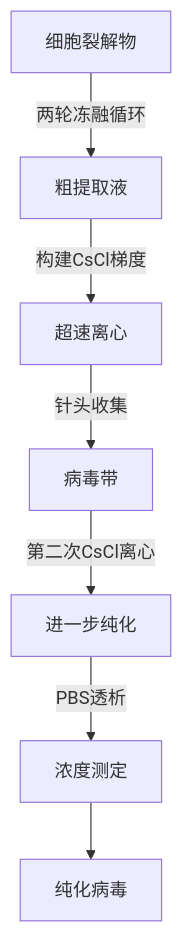
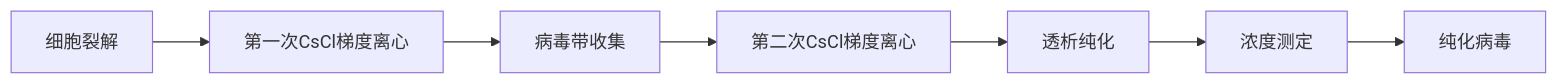
Before and after one commit to Raymon-Lyu/Veterinary-Medicine: the diagram in 生物分离工程/展示.md, drawn with Mermaid. The commit also changed other lines of this file and 1 other file, not shown here.

Commit message:
vault backup: 2025-10-06 10:43:07

````diff
--- a/生物分离工程/展示.md
+++ b/生物分离工程/展示.md
@@ -40,9 +41,9 @@
 ```mermaid
-graph TD
-    A[细胞裂解物] -->|两轮冻融循环| B[粗提取液]
-    B -->|构建CsCl梯度| C[超速离心]
-    C -->|针头收集| D[病毒带]
-    D -->|第二次CsCl离心| E[进一步纯化]
-    E -->|PBS透析| F[浓度测定]
-    F --> I[纯化病毒]
+graph LR
+    A[细胞裂解] --> B[第一次CsCl梯度离心]
+    B --> C[病毒带收集]
+    C --> D[第二次CsCl梯度离心]
+    D --> E[透析纯化]
+    E --> F[浓度测定]
+    F --> G[纯化病毒]
 ```
````
